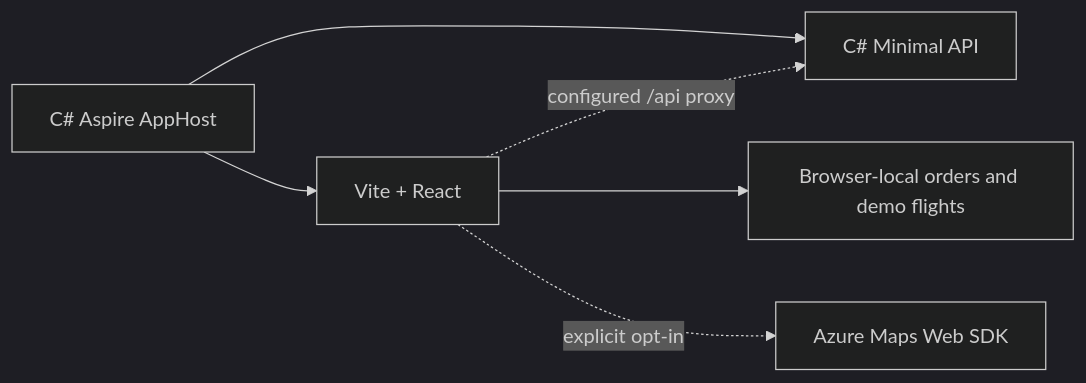
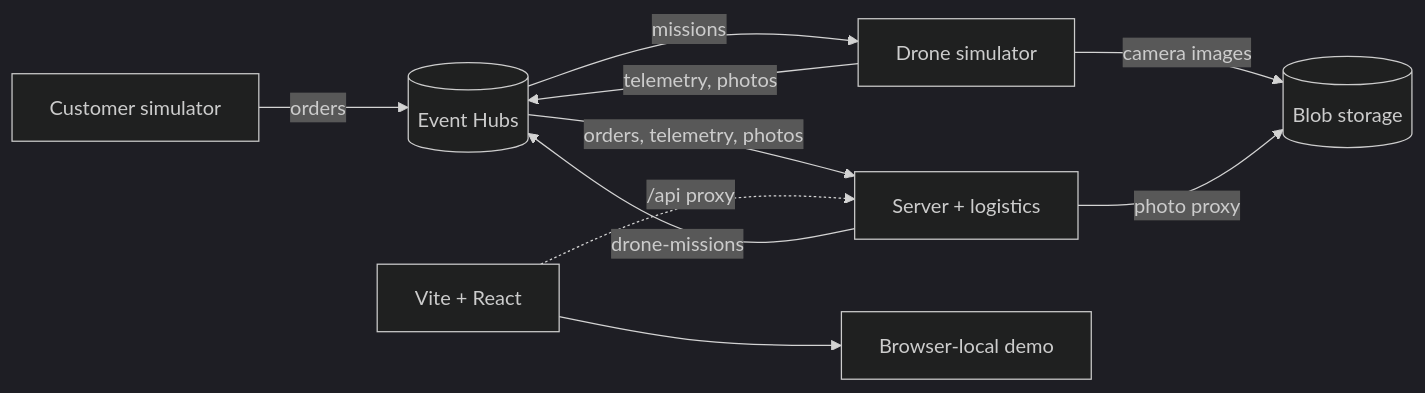
The diagram in docs/drone-delivery/architecture.md (Azure/aspire-templates), drawn with Mermaid (dark theme) before and after one commit. The commit also changed other lines of this file and 26 other files, not shown here.

First line of the commit message:
Split customer and drone simulators onto Event Hubs with fleet logistics; move to Aspire 17.0

````diff
--- a/docs/drone-delivery/architecture.md
+++ b/docs/drone-delivery/architecture.md
@@ -16,8 +16,12 @@
 ```mermaid
 flowchart LR
-    Host[C# Aspire AppHost] --> API[C# Minimal API]
-    Host --> Frontend[Vite + React]
-    Frontend -. configured /api proxy .-> API
-    Frontend --> Simulation[Browser-local orders and demo flights]
-    Frontend -. explicit opt-in .-> Maps[Azure Maps Web SDK]
+    Customers[Customer simulator] -- orders --> EH[(Event Hubs)]
+    API[Server + logistics] -- drone-missions --> EH
+    EH -- missions --> Drones[Drone simulator]
+    Drones -- telemetry, photos --> EH
+    EH -- orders, telemetry, photos --> API
+    Drones -- camera images --> Blob[(Blob storage)]
+    API -- photo proxy --> Blob
+    Frontend[Vite + React] -. /api proxy .-> API
+    Frontend --> Simulation[Browser-local demo]
 ```
````
